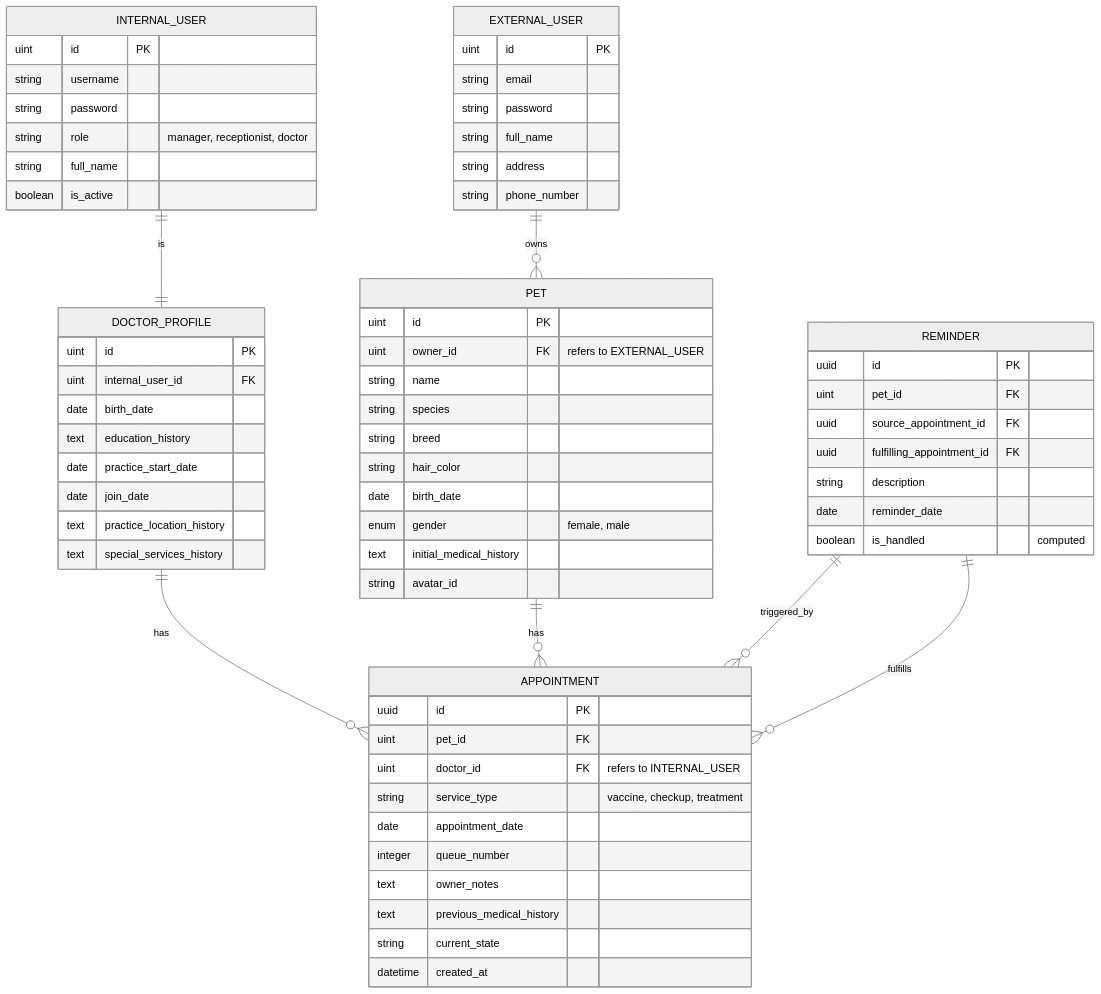
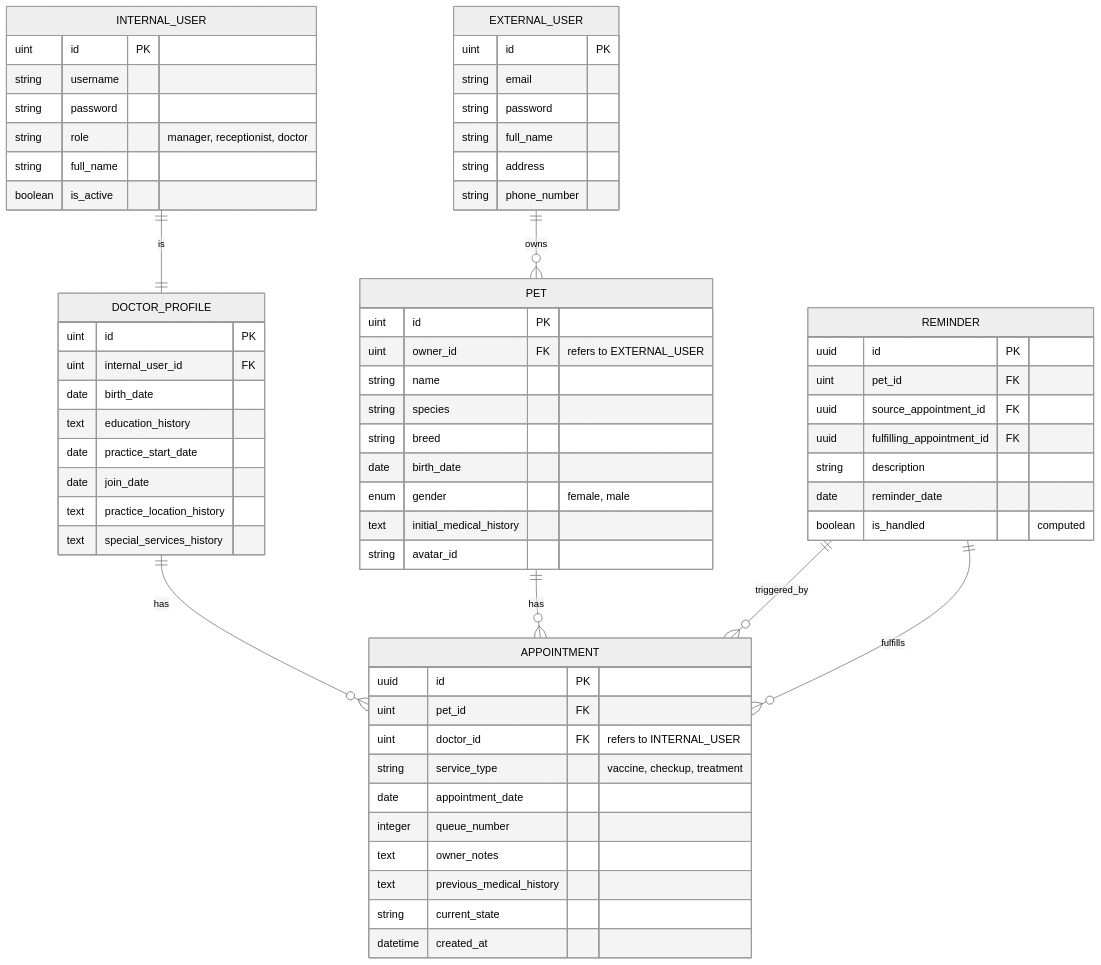
The diagram in DATABASE.md (levirs565/klinik-hewan), drawn with Mermaid (neutral theme) before and after one commit. The commit also changed 4 other files, not shown here.

````diff
--- a/DATABASE.md
+++ b/DATABASE.md
@@ -7,73 +7,72 @@
 ```mermaid
 erDiagram
     EXTERNAL_USER ||--o{ PET : owns
     EXTERNAL_USER {
         uint id PK
         string email
         string password
         string full_name
         string address
         string phone_number
     }
 
     INTERNAL_USER ||--|| DOCTOR_PROFILE : is
     INTERNAL_USER {
         uint id PK
         string username
         string password
         string role "manager, receptionist, doctor"
         string full_name
         boolean is_active
     }
 
     DOCTOR_PROFILE ||--o{ APPOINTMENT : has
     DOCTOR_PROFILE {
         uint id PK
         uint internal_user_id FK
         date birth_date
         text education_history
         date practice_start_date
         date join_date
         text practice_location_history
         text special_services_history
     }
 
     PET ||--o{ APPOINTMENT : has
     PET {
         uint id PK
         uint owner_id FK "refers to EXTERNAL_USER"
         string name
         string species
         string breed
-        string hair_color
         date birth_date
         enum gender "female, male"
         text initial_medical_history
         string avatar_id
     }
 
     APPOINTMENT {
         uuid id PK
         uint pet_id FK
         uint doctor_id FK "refers to INTERNAL_USER"
         string service_type "vaccine, checkup, treatment"
         date appointment_date
         integer queue_number
         text owner_notes
         text previous_medical_history
         string current_state
         datetime created_at
     }
 
     REMINDER ||--o{ APPOINTMENT : triggered_by
     REMINDER ||--o{ APPOINTMENT : fulfills
     REMINDER {
         uuid id PK
         uint pet_id FK
         uuid source_appointment_id FK
         uuid fulfilling_appointment_id FK
         string description
         date reminder_date
         boolean is_handled "computed"
     }
 ```
````
